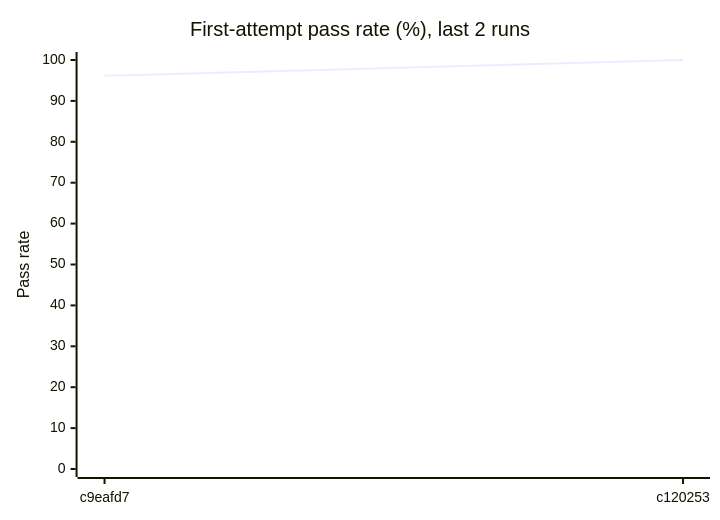
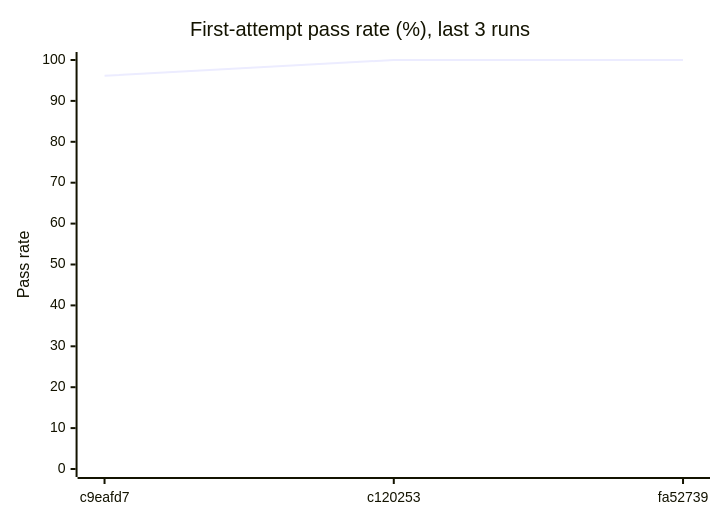
Before and after one commit to Shirojoufu/Flaky-Tests: the first of 3 diagrams in reports/summary.md, drawn with Mermaid. The commit also changed other lines of this file and 6 other files, not shown here.

````diff
--- a/reports/summary.md
+++ b/reports/summary.md
@@ -17,7 +17,7 @@
 ```mermaid
 xychart-beta
-    title "First-attempt pass rate (%), last 2 runs"
-    x-axis ["c9eafd7", "c120253"]
+    title "First-attempt pass rate (%), last 3 runs"
+    x-axis ["c9eafd7", "c120253", "fa52739"]
     y-axis "Pass rate" 0 --> 100
-    line [96.15, 100.0]
+    line [96.15, 100.0, 100.0]
 ```
````
